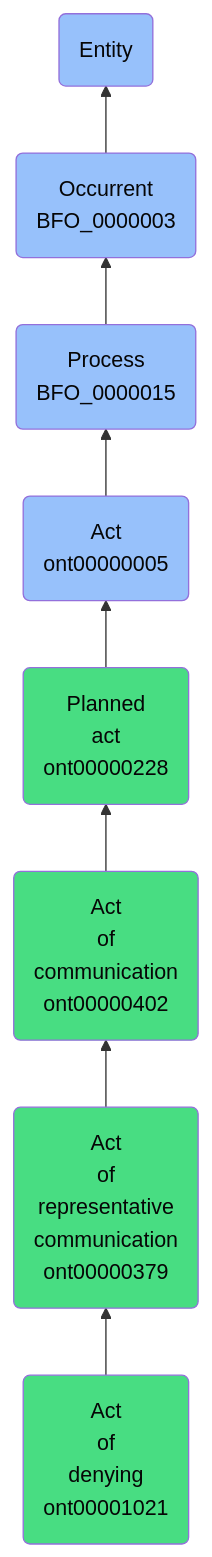
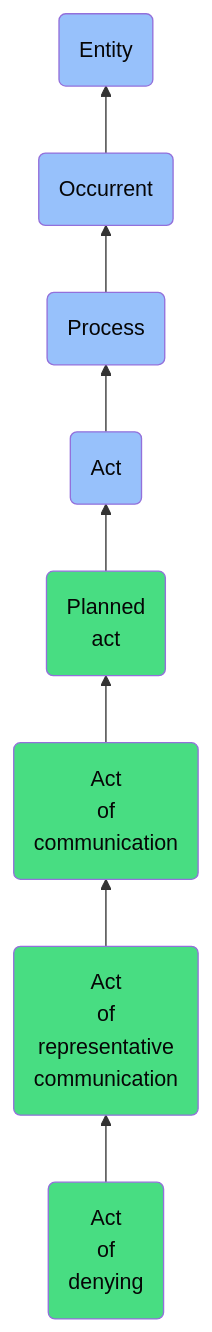
The diagram in docs/ontology/reference/model/Entity/Occurrent/Process/Act/Planned act/Act of communication/Act of representative communication/Act of denying/Act of denying.md (jupyter-naas/abi), drawn with Mermaid before and after one commit. The commit also changed other lines of this file and 1430 other files, not shown here.

````diff
--- a/docs/ontology/reference/model/Entity/Occurrent/Process/Act/Planned act/Act of communication/Act of representative communication/Act of denying/Act of denying.md
+++ b/docs/ontology/reference/model/Entity/Occurrent/Process/Act/Planned act/Act of communication/Act of representative communication/Act of denying/Act of denying.md
@@ -24,15 +24,15 @@
 ```mermaid
 graph BT
-    ont00001021(Act<br>of<br>denying<br>ont00001021):::ABI-->ont00000379
-    ont00000379(Act<br>of<br>representative<br>communication<br>ont00000379):::ABI-->ont00000402
-    ont00000402(Act<br>of<br>communication<br>ont00000402):::ABI-->ont00000228
-    ont00000228(Planned<br>act<br>ont00000228):::ABI-->ont00000005
-    ont00000005(Act<br>ont00000005):::BFO-->BFO_0000015
-    BFO_0000015(Process<br>BFO_0000015):::BFO-->BFO_0000003
-    BFO_0000003(Occurrent<br>BFO_0000003):::BFO-->BFO_0000001
+    ont00001021(Act<br>of<br>denying):::ABI-->ont00000379
+    ont00000379(Act<br>of<br>representative<br>communication):::ABI-->ont00000402
+    ont00000402(Act<br>of<br>communication):::ABI-->ont00000228
+    ont00000228(Planned<br>act):::ABI-->ont00000005
+    ont00000005(Act):::BFO-->BFO_0000015
+    BFO_0000015(Process):::BFO-->BFO_0000003
+    BFO_0000003(Occurrent):::BFO-->BFO_0000001
     BFO_0000001(Entity):::BFO
     
     classDef BFO fill:#97c1fb,color:#060606
     classDef CCO fill:#e4c51e,color:#060606
     classDef ABI fill:#48DD82,color:#060606
 ```
````
